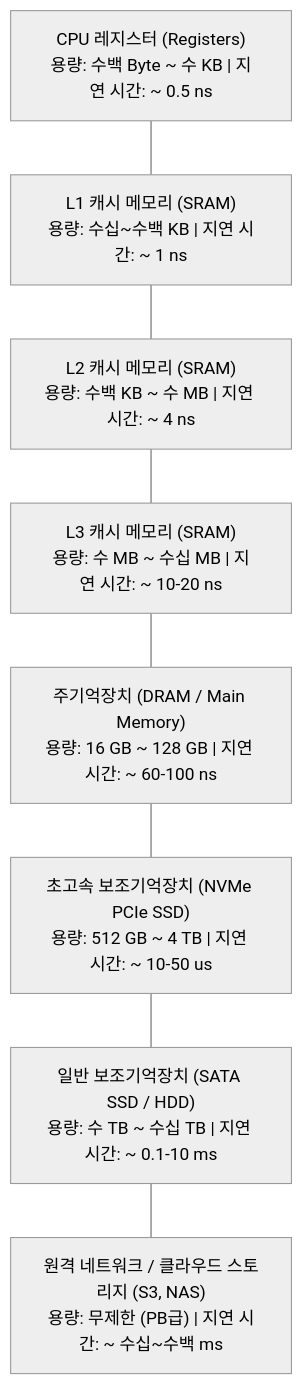
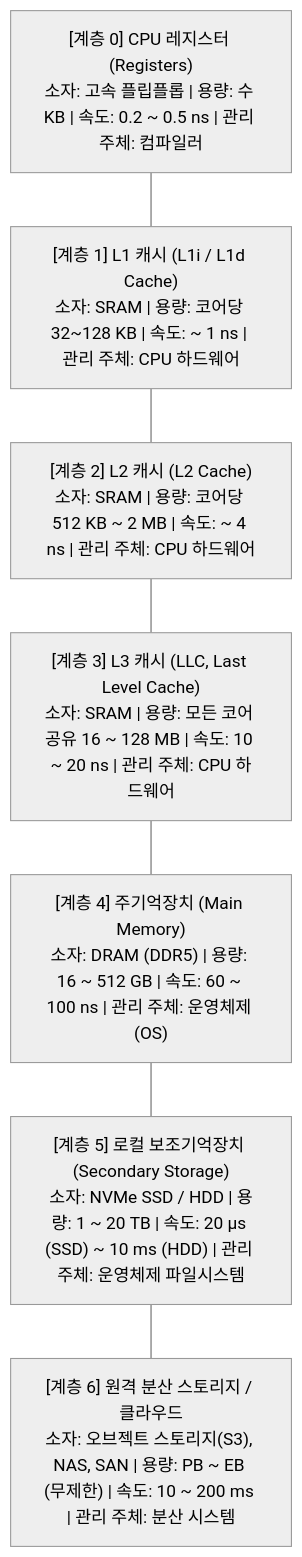
The fourth of 13 diagrams in 06_컴퓨터_구조와_운영체제.md (keimania/tech-notes), drawn with Mermaid (neutral theme) before and after one commit. The commit also changed other lines of this file and 12 other files, not shown here.

````diff
--- a/06_컴퓨터_구조와_운영체제.md
+++ b/06_컴퓨터_구조와_운영체제.md
@@ -277,19 +455,12 @@
 ```mermaid
 flowchart TB
-    A["CPU 레지스터 (Registers)<br>용량: 수백 Byte ~ 수 KB | 지연 시간: ~ 0.5 ns"]
-    B["L1 캐시 메모리 (SRAM)<br>용량: 수십~수백 KB | 지연 시간: ~ 1 ns"]
-    C["L2 캐시 메모리 (SRAM)<br>용량: 수백 KB ~ 수 MB | 지연 시간: ~ 4 ns"]
-    D["L3 캐시 메모리 (SRAM)<br>용량: 수 MB ~ 수십 MB | 지연 시간: ~ 10-20 ns"]
-    E["주기억장치 (DRAM / Main Memory)<br>용량: 16 GB ~ 128 GB | 지연 시간: ~ 60-100 ns"]
-    F["초고속 보조기억장치 (NVMe PCIe SSD)<br>용량: 512 GB ~ 4 TB | 지연 시간: ~ 10-50 us"]
-    G["일반 보조기억장치 (SATA SSD / HDD)<br>용량: 수 TB ~ 수십 TB | 지연 시간: ~ 0.1-10 ms"]
-    H["원격 네트워크 / 클라우드 스토리지 (S3, NAS)<br>용량: 무제한 (PB급) | 지연 시간: ~ 수십~수백 ms"]
+    L0["[계층 0] CPU 레지스터 (Registers)<br>소자: 고속 플립플롭 | 용량: 수 KB | 속도: 0.2 ~ 0.5 ns | 관리 주체: 컴파일러"]
+    L1["[계층 1] L1 캐시 (L1i / L1d Cache)<br>소자: SRAM | 용량: 코어당 32~128 KB | 속도: ~ 1 ns | 관리 주체: CPU 하드웨어"]
+    L2["[계층 2] L2 캐시 (L2 Cache)<br>소자: SRAM | 용량: 코어당 512 KB ~ 2 MB | 속도: ~ 4 ns | 관리 주체: CPU 하드웨어"]
+    L3["[계층 3] L3 캐시 (LLC, Last Level Cache)<br>소자: SRAM | 용량: 모든 코어 공유 16 ~ 128 MB | 속도: 10 ~ 20 ns | 관리 주체: CPU 하드웨어"]
+    L4["[계층 4] 주기억장치 (Main Memory)<br>소자: DRAM (DDR5) | 용량: 16 ~ 512 GB | 속도: 60 ~ 100 ns | 관리 주체: 운영체제 (OS)"]
+    L5["[계층 5] 로컬 보조기억장치 (Secondary Storage)<br>소자: NVMe SSD / HDD | 용량: 1 ~ 20 TB | 속도: 20 μs (SSD) ~ 10 ms (HDD) | 관리 주체: 운영체제 파일시스템"]
+    L6["[계층 6] 원격 분산 스토리지 / 클라우드<br>소자: 오브젝트 스토리지(S3), NAS, SAN | 용량: PB ~ EB (무제한) | 속도: 10 ~ 200 ms | 관리 주체: 분산 시스템"]
 
-    A --- B
-    B --- C
-    C --- D
-    D --- E
-    E --- F
-    F --- G
-    G --- H
+    L0 --- L1 --- L2 --- L3 --- L4 --- L5 --- L6
 ```
````
